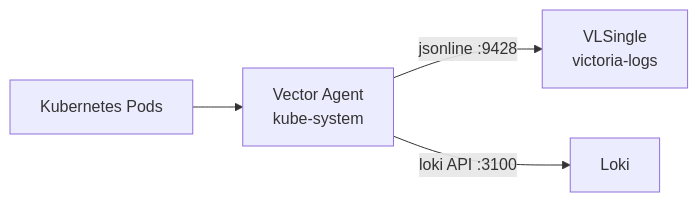
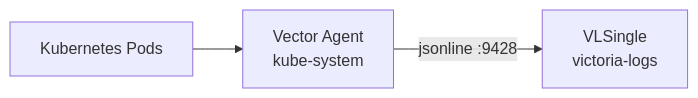
The sixth of 6 diagrams in docs/observability/metrics/victoriametrics.md (duynhlab/homelab), drawn with Mermaid before and after one commit. The commit also changed other lines of this file and 5 other files, not shown here.

````diff
--- a/docs/observability/metrics/victoriametrics.md
+++ b/docs/observability/metrics/victoriametrics.md
@@ -538,6 +538,5 @@
 ```mermaid
 flowchart LR
     Pods["Kubernetes Pods"] --> Vector["Vector Agent<br/>kube-system"]
     Vector -->|"jsonline :9428"| VLSingle_f["VLSingle<br/>victoria-logs"]
-    Vector -->|"loki API :3100"| Loki["Loki"]
 ```
````
